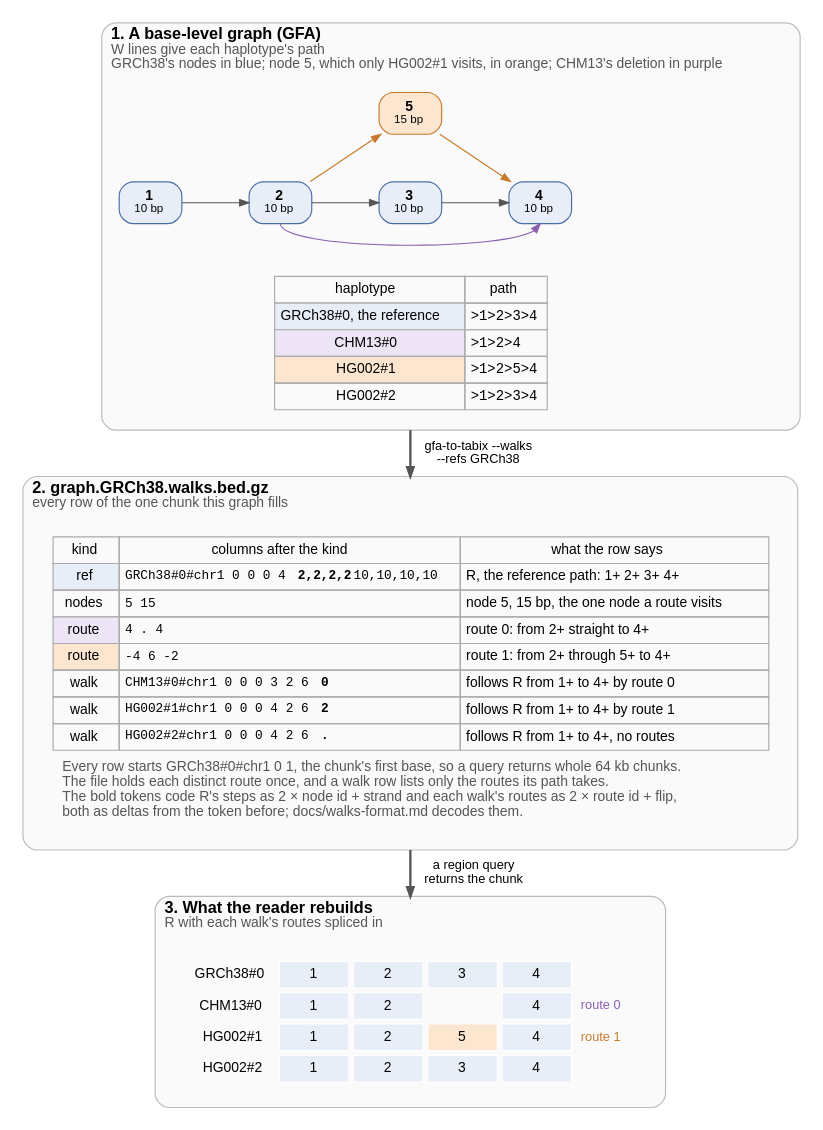
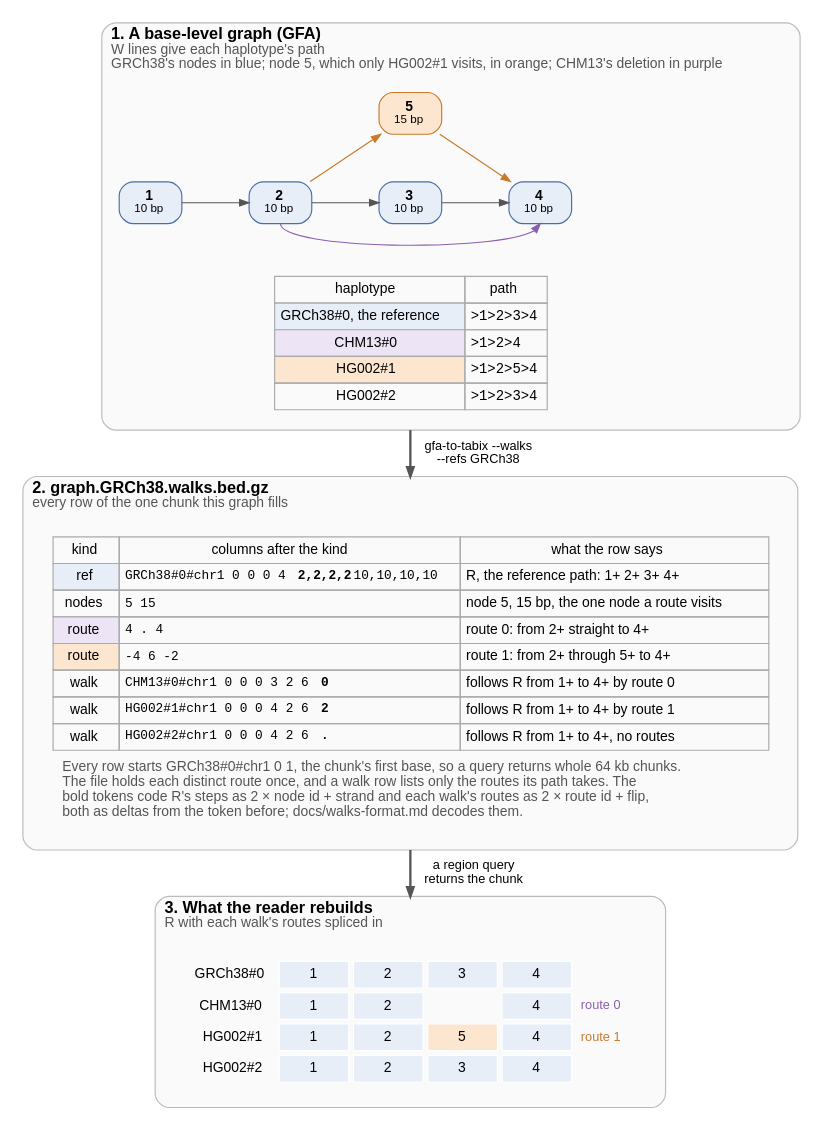
Before and after one commit to GMOD/gfa-to-tabix: the diagram in docs/figures/walks.dot, drawn with Graphviz. The commit also changed 4 other files, not shown here.

```diff
--- a/docs/figures/walks.dot
+++ b/docs/figures/walks.dot
@@ -1,88 +1,90 @@
 // scripts/figures.py fills the marked rows from the tool's output and draws this figure
 digraph walks {
   bgcolor="white"
   fontname="Helvetica"
   rankdir=TB
   newrank=true
   compound=true
   nodesep=0.4
   ranksep=0.55
   node [fontname="Helvetica", fontsize=12, shape=box, style="filled,rounded", fillcolor="#e8eef7", color="#4a6fa5", margin="0.15,0.06"]
   edge [fontname="Helvetica", fontsize=11, color="#555555", arrowsize=0.8]
 
   subgraph cluster_graph {
     label=<<B>1. A base-level graph (GFA)</B><BR ALIGN="LEFT"/><FONT POINT-SIZE="12" COLOR="#555555">W lines give each haplotype's path</FONT><BR ALIGN="LEFT"/><FONT POINT-SIZE="12" COLOR="#555555">GRCh38's nodes in blue; node 5, which only HG002#1 visits, in orange; CHM13's deletion in purple</FONT><BR ALIGN="LEFT"/>>
     labeljust=l
     fontsize=14
     color="#bbbbbb"
     style="rounded,filled"
     fillcolor="#fafafa"
     margin=14
     n1 [label=<<B>1</B><BR/><FONT POINT-SIZE="10">10 bp</FONT>>]
     n2 [label=<<B>2</B><BR/><FONT POINT-SIZE="10">10 bp</FONT>>]
     n3 [label=<<B>3</B><BR/><FONT POINT-SIZE="10">10 bp</FONT>>]
     n4 [label=<<B>4</B><BR/><FONT POINT-SIZE="10">10 bp</FONT>>]
     n5 [label=<<B>5</B><BR/><FONT POINT-SIZE="10">15 bp</FONT>>, fillcolor="#fde6cf", color="#c77a2b"]
     {rank=same; n1; n2; n3; n4}
     n1 -> n2 -> n3 -> n4 [weight=20]
     n5 -> n3 [style=invis, weight=20]
     n2 -> n5 [color="#c77a2b", constraint=false]
     n5 -> n4 [color="#c77a2b", constraint=false]
     n2:s -> n4:s [color="#8a5fb0", constraint=false]
     paths [shape=plaintext, style="", label=<
       <TABLE BORDER="0" CELLBORDER="1" CELLSPACING="0" CELLPADDING="4" COLOR="#aaaaaa">
         <TR BGCOLOR="#dddddd"><TD>haplotype</TD><TD>path</TD></TR>
         <TR><TD BGCOLOR="#e8eef7">GRCh38#0, the reference</TD><TD ALIGN="LEFT"><FONT FACE="Courier">&gt;1&gt;2&gt;3&gt;4</FONT></TD></TR>
         <TR><TD BGCOLOR="#ede4f5">CHM13#0</TD><TD ALIGN="LEFT"><FONT FACE="Courier">&gt;1&gt;2&gt;4</FONT></TD></TR>
         <TR><TD BGCOLOR="#fde6cf">HG002#1</TD><TD ALIGN="LEFT"><FONT FACE="Courier">&gt;1&gt;2&gt;5&gt;4</FONT></TD></TR>
         <TR><TD>HG002#2</TD><TD ALIGN="LEFT"><FONT FACE="Courier">&gt;1&gt;2&gt;3&gt;4</FONT></TD></TR>
       </TABLE>>]
     n3 -> paths [style=invis]
   }
 
   subgraph cluster_file {
     label=<<B>2. graph.GRCh38.walks.bed.gz</B><BR ALIGN="LEFT"/><FONT POINT-SIZE="12" COLOR="#555555">every row of the one chunk this graph fills</FONT><BR ALIGN="LEFT"/>>
     labeljust=l
     fontsize=14
     color="#bbbbbb"
     style="rounded,filled"
     fillcolor="#fafafa"
     margin=14
     rows [shape=plaintext, style="", label=<
       <TABLE BORDER="0" CELLBORDER="1" CELLSPACING="0" CELLPADDING="4" COLOR="#aaaaaa">
         <TR BGCOLOR="#dddddd"><TD>kind</TD><TD>columns after the kind</TD><TD>what the row says</TD></TR>
         <!-- begin rows -->
         <TR><TD BGCOLOR="#e8eef7">ref</TD><TD ALIGN="LEFT"><FONT FACE="Courier" POINT-SIZE="11">GRCh38#0#chr1 0 0 0 4 <B>2,2,2,2</B> 10,10,10,10</FONT></TD><TD ALIGN="LEFT">R, the reference path: 1+ 2+ 3+ 4+</TD></TR>
         <TR><TD>nodes</TD><TD ALIGN="LEFT"><FONT FACE="Courier" POINT-SIZE="11">5 15</FONT></TD><TD ALIGN="LEFT">node 5, 15 bp, the one node a route visits</TD></TR>
         <TR><TD BGCOLOR="#ede4f5">route</TD><TD ALIGN="LEFT"><FONT FACE="Courier" POINT-SIZE="11">4 . 4</FONT></TD><TD ALIGN="LEFT">route 0: from 2+ straight to 4+</TD></TR>
         <TR><TD BGCOLOR="#fde6cf">route</TD><TD ALIGN="LEFT"><FONT FACE="Courier" POINT-SIZE="11">-4 6 -2</FONT></TD><TD ALIGN="LEFT">route 1: from 2+ through 5+ to 4+</TD></TR>
         <TR><TD>walk</TD><TD ALIGN="LEFT"><FONT FACE="Courier" POINT-SIZE="11">CHM13#0#chr1 0 0 0 3 2 6 <B>0</B></FONT></TD><TD ALIGN="LEFT">follows R from 1+ to 4+ by route 0</TD></TR>
         <TR><TD>walk</TD><TD ALIGN="LEFT"><FONT FACE="Courier" POINT-SIZE="11">HG002#1#chr1 0 0 0 4 2 6 <B>2</B></FONT></TD><TD ALIGN="LEFT">follows R from 1+ to 4+ by route 1</TD></TR>
         <TR><TD>walk</TD><TD ALIGN="LEFT"><FONT FACE="Courier" POINT-SIZE="11">HG002#2#chr1 0 0 0 4 2 6 <B>.</B></FONT></TD><TD ALIGN="LEFT">follows R from 1+ to 4+, no routes</TD></TR>
         <!-- end rows -->
-        <TR><TD COLSPAN="3" BORDER="0" CELLPADDING="8" ALIGN="LEFT" BALIGN="LEFT"><FONT POINT-SIZE="12" COLOR="#555555">Every row starts GRCh38#0#chr1 0 1, the chunk's first base, so a query returns whole 64 kb chunks.<BR/>The file holds each distinct route once, and a walk row lists only the routes its path takes.<BR/>The bold tokens code R's steps as 2 × node id + strand and each walk's routes as 2 × route id + flip,<BR/>both as deltas from the token before; docs/walks-format.md decodes them.</FONT></TD></TR>
+        <!-- begin caption -->
+        <TR><TD BORDER="0" CELLPADDING="8" COLSPAN="3" ALIGN="LEFT" BALIGN="LEFT"><FONT POINT-SIZE="12" COLOR="#555555">Every row starts GRCh38#0#chr1 0 1, the chunk's first base, so a query returns whole 64 kb chunks.<BR/>The file holds each distinct route once, and a walk row lists only the routes its path takes. The<BR/>bold tokens code R's steps as 2 × node id + strand and each walk's routes as 2 × route id + flip,<BR/>both as deltas from the token before; docs/walks-format.md decodes them.</FONT></TD></TR>
+        <!-- end caption -->
       </TABLE>>]
   }
 
   subgraph cluster_rebuilt {
     label=<<B>3. What the reader rebuilds</B><BR ALIGN="LEFT"/><FONT POINT-SIZE="12" COLOR="#555555">R with each walk's routes spliced in</FONT><BR ALIGN="LEFT"/>>
     labeljust=l
     fontsize=14
     color="#bbbbbb"
     style="rounded,filled"
     fillcolor="#fafafa"
     margin=14
     rebuilt [shape=plaintext, style="", label=<
       <TABLE BORDER="0" CELLBORDER="1" CELLSPACING="4" CELLPADDING="4" COLOR="#ffffff">
         <!-- begin rebuilt -->
         <TR><TD BORDER="0" ALIGN="RIGHT">GRCh38#0</TD><TD WIDTH="60" BGCOLOR="#e8eef7">1</TD><TD WIDTH="60" BGCOLOR="#e8eef7">2</TD><TD WIDTH="60" BGCOLOR="#e8eef7">3</TD><TD WIDTH="60" BGCOLOR="#e8eef7">4</TD><TD BORDER="0" ALIGN="LEFT"></TD></TR>
         <TR><TD BORDER="0" ALIGN="RIGHT">CHM13#0</TD><TD BGCOLOR="#e8eef7">1</TD><TD BGCOLOR="#e8eef7">2</TD><TD BORDER="0"></TD><TD BGCOLOR="#e8eef7">4</TD><TD BORDER="0" ALIGN="LEFT"><FONT POINT-SIZE="11" COLOR="#8a5fb0">route 0</FONT></TD></TR>
         <TR><TD BORDER="0" ALIGN="RIGHT">HG002#1</TD><TD BGCOLOR="#e8eef7">1</TD><TD BGCOLOR="#e8eef7">2</TD><TD BGCOLOR="#fde6cf">5</TD><TD BGCOLOR="#e8eef7">4</TD><TD BORDER="0" ALIGN="LEFT"><FONT POINT-SIZE="11" COLOR="#c77a2b">route 1</FONT></TD></TR>
         <TR><TD BORDER="0" ALIGN="RIGHT">HG002#2</TD><TD BGCOLOR="#e8eef7">1</TD><TD BGCOLOR="#e8eef7">2</TD><TD BGCOLOR="#e8eef7">3</TD><TD BGCOLOR="#e8eef7">4</TD><TD BORDER="0" ALIGN="LEFT"></TD></TR>
         <!-- end rebuilt -->
       </TABLE>>]
   }
 
   paths -> rows [ltail=cluster_graph, lhead=cluster_file, label="  gfa-to-tabix --walks\n  --refs GRCh38", penwidth=2]
   rows -> rebuilt [ltail=cluster_file, lhead=cluster_rebuilt, label="  a region query\n  returns the chunk", penwidth=2]
 }
```
